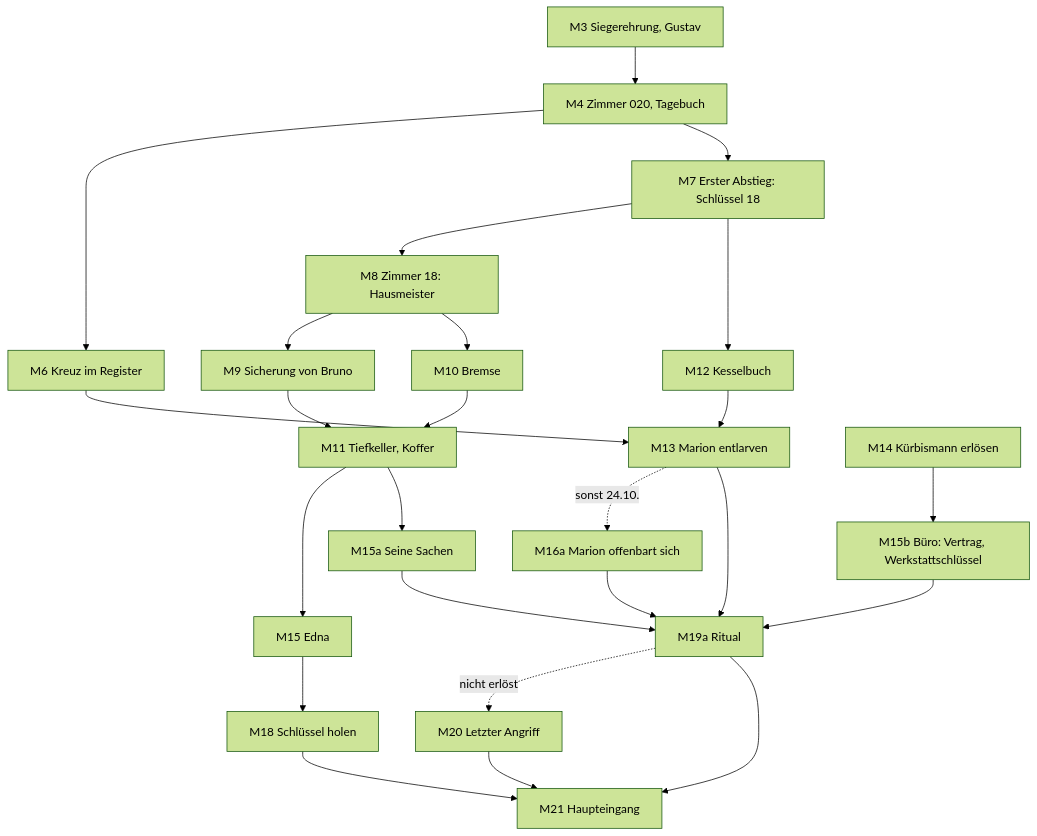
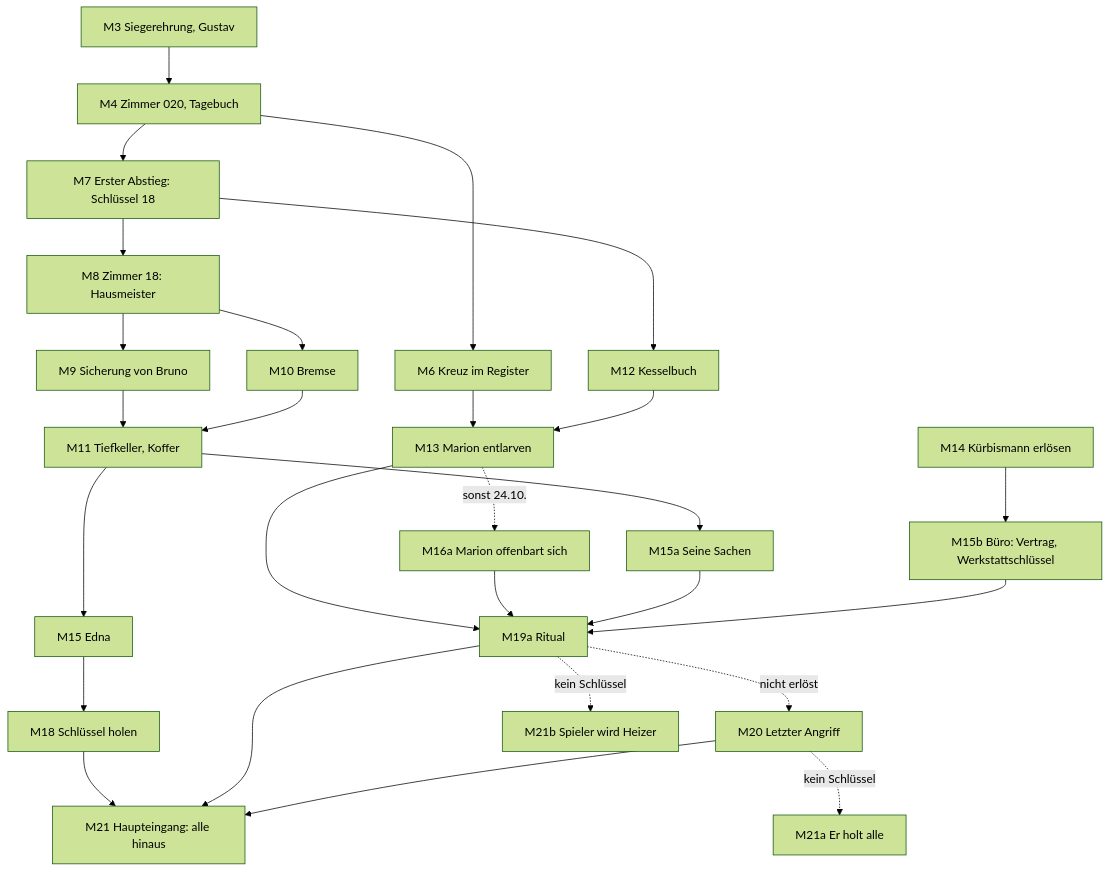
The diagram in HANDLUNG.md (vektorviktor/zimmer13), drawn with Mermaid (forest theme) before and after one commit. The commit also changed other lines of this file and 1 other file, not shown here.

````diff
--- a/HANDLUNG.md
+++ b/HANDLUNG.md
@@ -91,27 +93,29 @@
 ```mermaid
 flowchart TD
   M3[M3 Siegerehrung, Gustav] --> M4[M4 Zimmer 020, Tagebuch]
   M4 --> M6[M6 Kreuz im Register]
   M4 --> M7[M7 Erster Abstieg: Schlüssel 18]
   M7 --> M8[M8 Zimmer 18: Hausmeister]
   M8 --> M9[M9 Sicherung von Bruno]
   M8 --> M10[M10 Bremse]
   M9 --> M11[M11 Tiefkeller, Koffer]
   M10 --> M11
   M6 --> M13[M13 Marion entlarven]
   M7 --> M12[M12 Kesselbuch]
   M12 --> M13
   M13 -.->|sonst 24.10.| M16a[M16a Marion offenbart sich]
   M11 --> M15[M15 Edna]
   M11 --> M15a[M15a Seine Sachen]
   M14[M14 Kürbismann erlösen] --> M15b[M15b Büro: Vertrag, Werkstattschlüssel]
   M13 --> M19a[M19a Ritual]
   M16a --> M19a
   M15a --> M19a
   M15b --> M19a
   M19a -.->|nicht erlöst| M20[M20 Letzter Angriff]
   M15 --> M18[M18 Schlüssel holen]
-  M18 --> M21[M21 Haupteingang]
+  M18 --> M21[M21 Haupteingang: alle hinaus]
   M19a --> M21
   M20 --> M21
+  M20 -.->|kein Schlüssel| M21a[M21a Er holt alle]
+  M19a -.->|kein Schlüssel| M21b[M21b Spieler wird Heizer]
 ```
````
